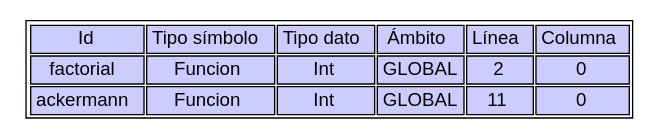
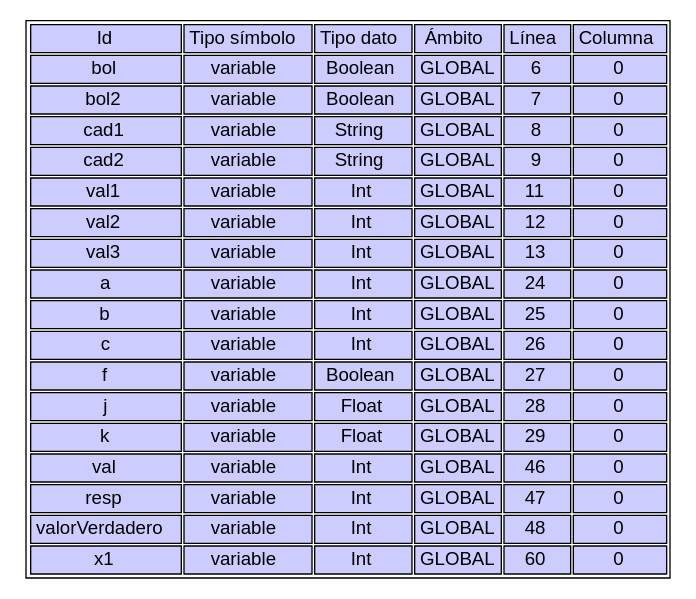
The diagram in Backend/Reportes_Creados/ Reporte_TS.dot (Angelgt3/OLC2_P1_201901055), drawn with Graphviz before and after one commit. The commit also changed 22 other files, not shown here.

```diff
--- a/Backend/Reportes_Creados/ Reporte_TS.dot
+++ b/Backend/Reportes_Creados/ Reporte_TS.dot
@@ -1,24 +1,114 @@
 digraph TS{ 
 node [ shape=none fontname=Helvetica] 
 n1 [ label = <<table><tr> 
 <td colspan="2" bgcolor="#ccccff">Id</td>
 <td colspan="2" bgcolor="#ccccff">Tipo símbolo</td>
 <td colspan="2" bgcolor="#ccccff">Tipo dato</td>
 <td colspan="2" bgcolor="#ccccff">Ámbito</td>
 <td colspan="2" bgcolor="#ccccff">Línea </td>
 <td colspan="2" bgcolor="#ccccff">Columna</td>
 </tr>
-<tr><td colspan="2" bgcolor="#ccccff">factorial</td>
-<td colspan="2" bgcolor="#ccccff">Funcion</td>
-<td colspan="2" bgcolor="#ccccff">Int</td>
+<tr><td colspan="2" bgcolor="#ccccff">bol</td>
+<td colspan="2" bgcolor="#ccccff">variable</td>
+<td colspan="2" bgcolor="#ccccff">Boolean</td>
 <td colspan="2" bgcolor="#ccccff">GLOBAL</td>
-<td colspan="2" bgcolor="#ccccff">2</td>
+<td colspan="2" bgcolor="#ccccff">6</td>
 <td colspan="2" bgcolor="#ccccff">0</td></tr>
-<tr><td colspan="2" bgcolor="#ccccff">ackermann</td>
-<td colspan="2" bgcolor="#ccccff">Funcion</td>
+<tr><td colspan="2" bgcolor="#ccccff">bol2</td>
+<td colspan="2" bgcolor="#ccccff">variable</td>
+<td colspan="2" bgcolor="#ccccff">Boolean</td>
+<td colspan="2" bgcolor="#ccccff">GLOBAL</td>
+<td colspan="2" bgcolor="#ccccff">7</td>
+<td colspan="2" bgcolor="#ccccff">0</td></tr>
+<tr><td colspan="2" bgcolor="#ccccff">cad1</td>
+<td colspan="2" bgcolor="#ccccff">variable</td>
+<td colspan="2" bgcolor="#ccccff">String</td>
+<td colspan="2" bgcolor="#ccccff">GLOBAL</td>
+<td colspan="2" bgcolor="#ccccff">8</td>
+<td colspan="2" bgcolor="#ccccff">0</td></tr>
+<tr><td colspan="2" bgcolor="#ccccff">cad2</td>
+<td colspan="2" bgcolor="#ccccff">variable</td>
+<td colspan="2" bgcolor="#ccccff">String</td>
+<td colspan="2" bgcolor="#ccccff">GLOBAL</td>
+<td colspan="2" bgcolor="#ccccff">9</td>
+<td colspan="2" bgcolor="#ccccff">0</td></tr>
+<tr><td colspan="2" bgcolor="#ccccff">val1</td>
+<td colspan="2" bgcolor="#ccccff">variable</td>
 <td colspan="2" bgcolor="#ccccff">Int</td>
 <td colspan="2" bgcolor="#ccccff">GLOBAL</td>
 <td colspan="2" bgcolor="#ccccff">11</td>
 <td colspan="2" bgcolor="#ccccff">0</td></tr>
+<tr><td colspan="2" bgcolor="#ccccff">val2</td>
+<td colspan="2" bgcolor="#ccccff">variable</td>
+<td colspan="2" bgcolor="#ccccff">Int</td>
+<td colspan="2" bgcolor="#ccccff">GLOBAL</td>
+<td colspan="2" bgcolor="#ccccff">12</td>
+<td colspan="2" bgcolor="#ccccff">0</td></tr>
+<tr><td colspan="2" bgcolor="#ccccff">val3</td>
+<td colspan="2" bgcolor="#ccccff">variable</td>
+<td colspan="2" bgcolor="#ccccff">Int</td>
+<td colspan="2" bgcolor="#ccccff">GLOBAL</td>
+<td colspan="2" bgcolor="#ccccff">13</td>
+<td colspan="2" bgcolor="#ccccff">0</td></tr>
+<tr><td colspan="2" bgcolor="#ccccff">a</td>
+<td colspan="2" bgcolor="#ccccff">variable</td>
+<td colspan="2" bgcolor="#ccccff">Int</td>
+<td colspan="2" bgcolor="#ccccff">GLOBAL</td>
+<td colspan="2" bgcolor="#ccccff">24</td>
+<td colspan="2" bgcolor="#ccccff">0</td></tr>
+<tr><td colspan="2" bgcolor="#ccccff">b</td>
+<td colspan="2" bgcolor="#ccccff">variable</td>
+<td colspan="2" bgcolor="#ccccff">Int</td>
+<td colspan="2" bgcolor="#ccccff">GLOBAL</td>
+<td colspan="2" bgcolor="#ccccff">25</td>
+<td colspan="2" bgcolor="#ccccff">0</td></tr>
+<tr><td colspan="2" bgcolor="#ccccff">c</td>
+<td colspan="2" bgcolor="#ccccff">variable</td>
+<td colspan="2" bgcolor="#ccccff">Int</td>
+<td colspan="2" bgcolor="#ccccff">GLOBAL</td>
+<td colspan="2" bgcolor="#ccccff">26</td>
+<td colspan="2" bgcolor="#ccccff">0</td></tr>
+<tr><td colspan="2" bgcolor="#ccccff">f</td>
+<td colspan="2" bgcolor="#ccccff">variable</td>
+<td colspan="2" bgcolor="#ccccff">Boolean</td>
+<td colspan="2" bgcolor="#ccccff">GLOBAL</td>
+<td colspan="2" bgcolor="#ccccff">27</td>
+<td colspan="2" bgcolor="#ccccff">0</td></tr>
+<tr><td colspan="2" bgcolor="#ccccff">j</td>
+<td colspan="2" bgcolor="#ccccff">variable</td>
+<td colspan="2" bgcolor="#ccccff">Float</td>
+<td colspan="2" bgcolor="#ccccff">GLOBAL</td>
+<td colspan="2" bgcolor="#ccccff">28</td>
+<td colspan="2" bgcolor="#ccccff">0</td></tr>
+<tr><td colspan="2" bgcolor="#ccccff">k</td>
+<td colspan="2" bgcolor="#ccccff">variable</td>
+<td colspan="2" bgcolor="#ccccff">Float</td>
+<td colspan="2" bgcolor="#ccccff">GLOBAL</td>
+<td colspan="2" bgcolor="#ccccff">29</td>
+<td colspan="2" bgcolor="#ccccff">0</td></tr>
+<tr><td colspan="2" bgcolor="#ccccff">val</td>
+<td colspan="2" bgcolor="#ccccff">variable</td>
+<td colspan="2" bgcolor="#ccccff">Int</td>
+<td colspan="2" bgcolor="#ccccff">GLOBAL</td>
+<td colspan="2" bgcolor="#ccccff">46</td>
+<td colspan="2" bgcolor="#ccccff">0</td></tr>
+<tr><td colspan="2" bgcolor="#ccccff">resp</td>
+<td colspan="2" bgcolor="#ccccff">variable</td>
+<td colspan="2" bgcolor="#ccccff">Int</td>
+<td colspan="2" bgcolor="#ccccff">GLOBAL</td>
+<td colspan="2" bgcolor="#ccccff">47</td>
+<td colspan="2" bgcolor="#ccccff">0</td></tr>
+<tr><td colspan="2" bgcolor="#ccccff">valorVerdadero</td>
+<td colspan="2" bgcolor="#ccccff">variable</td>
+<td colspan="2" bgcolor="#ccccff">Int</td>
+<td colspan="2" bgcolor="#ccccff">GLOBAL</td>
+<td colspan="2" bgcolor="#ccccff">48</td>
+<td colspan="2" bgcolor="#ccccff">0</td></tr>
+<tr><td colspan="2" bgcolor="#ccccff">x1</td>
+<td colspan="2" bgcolor="#ccccff">variable</td>
+<td colspan="2" bgcolor="#ccccff">Int</td>
+<td colspan="2" bgcolor="#ccccff">GLOBAL</td>
+<td colspan="2" bgcolor="#ccccff">60</td>
+<td colspan="2" bgcolor="#ccccff">0</td></tr>
 </table> > ]; 
  }
```
